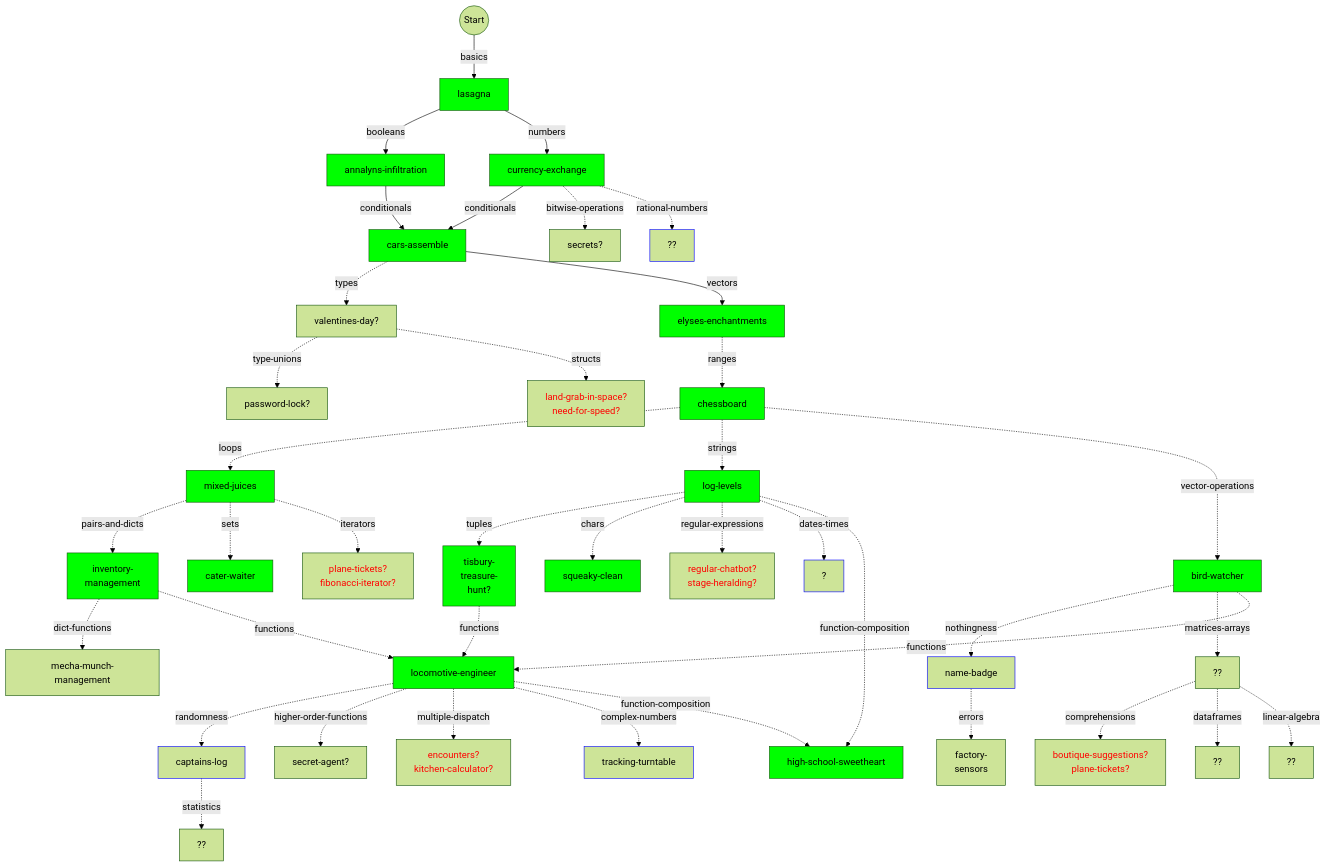
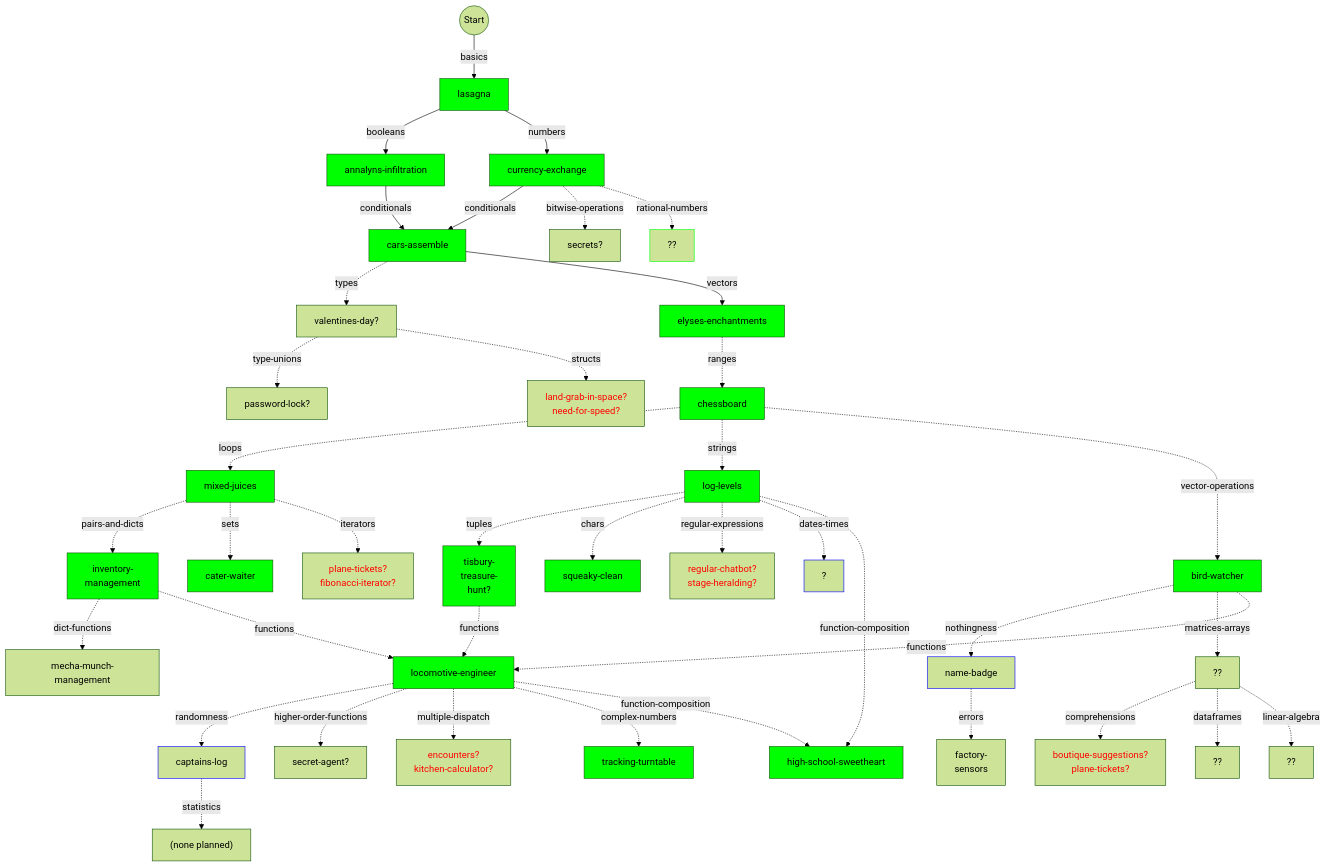
Before and after one commit to colinleach/learning-track-doodles: the diagram in julia/flowchart.md, drawn with Mermaid (forest theme).

Commit message:
cosmetic

````diff
--- a/julia/flowchart.md
+++ b/julia/flowchart.md
@@ -56,8 +56,8 @@
 functions -.randomness.-> randomness["captains-log"]
 style randomness stroke:#00f
 
-randomness -.statistics.-> statistics["??"]
-%% style statistics stroke:#00f
+randomness -.statistics.-> statistics["(none planned)"]
+%% style statistics stroke:#0f0
 
 strings -.tuples.-> tuples["tisbury-<br/>treasure-<br/>hunt?"]
 style tuples fill:#0f0
@@ -118,7 +118,7 @@
 style multiple-dispatch color:#f00
 
 functions -.complex-numbers.-> complex-numbers["tracking-turntable"]
-style complex-numbers stroke:#00f
+style complex-numbers fill:#0f0
 
 functions -.function-composition.-> function-composition["high-school-sweetheart"]
 style function-composition fill:#0f0
@@ -129,6 +129,6 @@
 nothingness -.errors.-> errors["factory-<br/>sensors "]
 
 numbers -.rational-numbers.-> rational-numbers["??"]
-style rational-numbers stroke:#00f
+style rational-numbers stroke:#0f0
 
 ```
````
